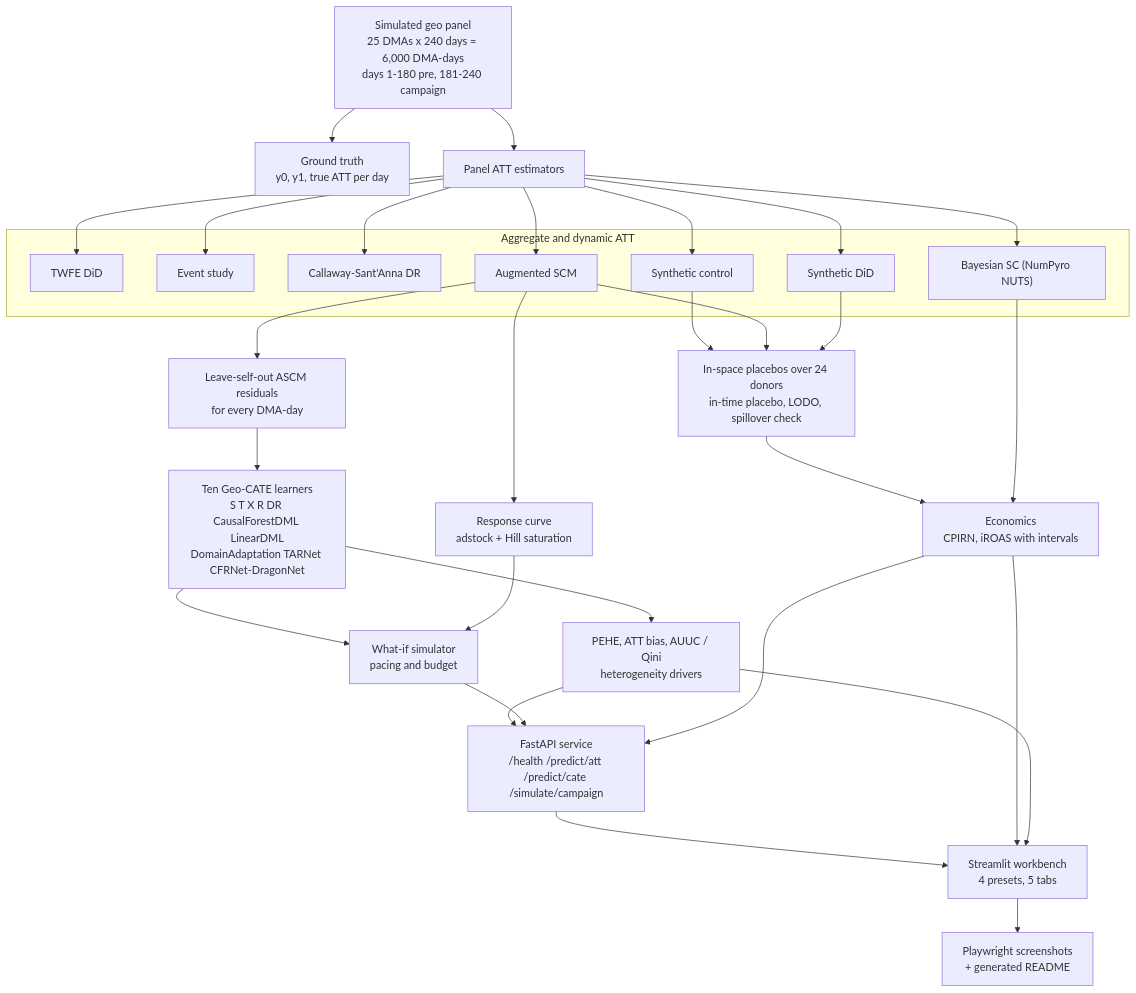
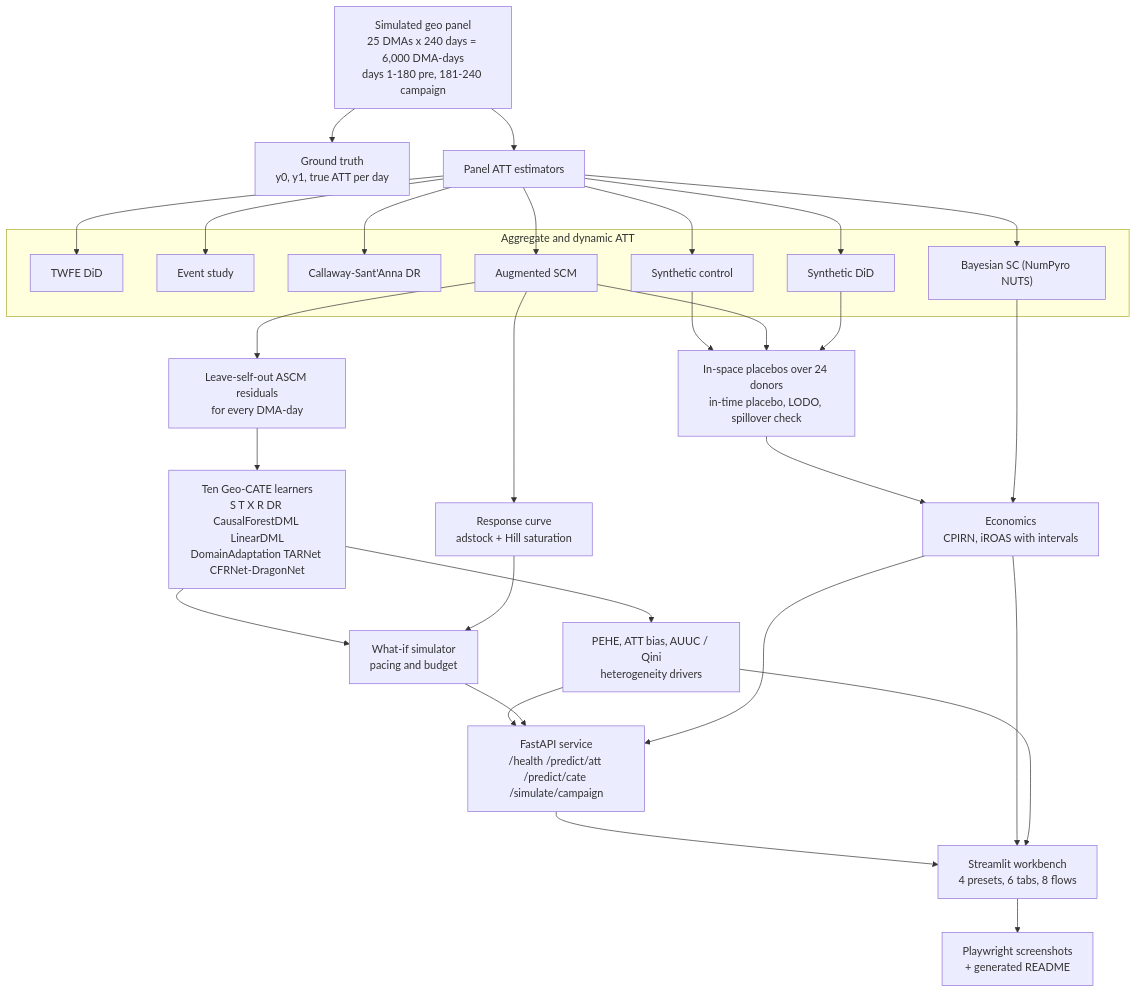
One commit to ramakrishnakandipati/causal_inference changed the diagram in Regional-Brand-Campaigns_&_Out-of-HomeMedia_Syn Control & DiD/scripts/readme_template.md. Above: the diagram before and after it, drawn with Mermaid. The commit also changed other lines of this file and 91 other files, not shown here.

First line of the commit message:
Add end-to-end flows tab, flow screenshots and 44-slide presentation

````diff
--- a/Regional-Brand-Campaigns_&_Out-of-HomeMedia_Syn Control & DiD/scripts/readme_template.md
+++ b/Regional-Brand-Campaigns_&_Out-of-HomeMedia_Syn Control & DiD/scripts/readme_template.md
@@ -50,39 +50,39 @@
 ```mermaid
 flowchart TD
     A["Simulated geo panel<br/>25 DMAs x 240 days = 6,000 DMA-days<br/>days 1-180 pre, 181-240 campaign"] --> B["Ground truth<br/>y0, y1, true ATT per day"]
     A --> C["Panel ATT estimators"]
     subgraph PANEL["Aggregate and dynamic ATT"]
         C1["TWFE DiD"]
         C2["Event study"]
         C3["Callaway-Sant'Anna DR"]
         C4["Synthetic control"]
         C5["Augmented SCM"]
         C6["Synthetic DiD"]
         C7["Bayesian SC (NumPyro NUTS)"]
     end
     C --> C1
     C --> C2
     C --> C3
     C --> C4
     C --> C5
     C --> C6
     C --> C7
     C4 --> D["In-space placebos over 24 donors<br/>in-time placebo, LODO, spillover check"]
     C5 --> D
     C6 --> D
     C5 --> E["Leave-self-out ASCM residuals<br/>for every DMA-day"]
     E --> F["Ten Geo-CATE learners<br/>S T X R DR CausalForestDML LinearDML<br/>DomainAdaptation TARNet CFRNet-DragonNet"]
     F --> G["PEHE, ATT bias, AUUC / Qini<br/>heterogeneity drivers"]
     C5 --> H["Response curve<br/>adstock + Hill saturation"]
     F --> I["What-if simulator<br/>pacing and budget"]
     H --> I
     D --> J["Economics<br/>CPIRN, iROAS with intervals"]
     C7 --> J
     G --> K["FastAPI service<br/>/health /predict/att /predict/cate /simulate/campaign"]
     I --> K
     J --> K
-    K --> L["Streamlit workbench<br/>4 presets, 5 tabs"]
+    K --> L["Streamlit workbench<br/>4 presets, 6 tabs, 8 flows"]
     J --> L
     G --> L
     L --> M["Playwright screenshots<br/>+ generated README"]
 ```
````
